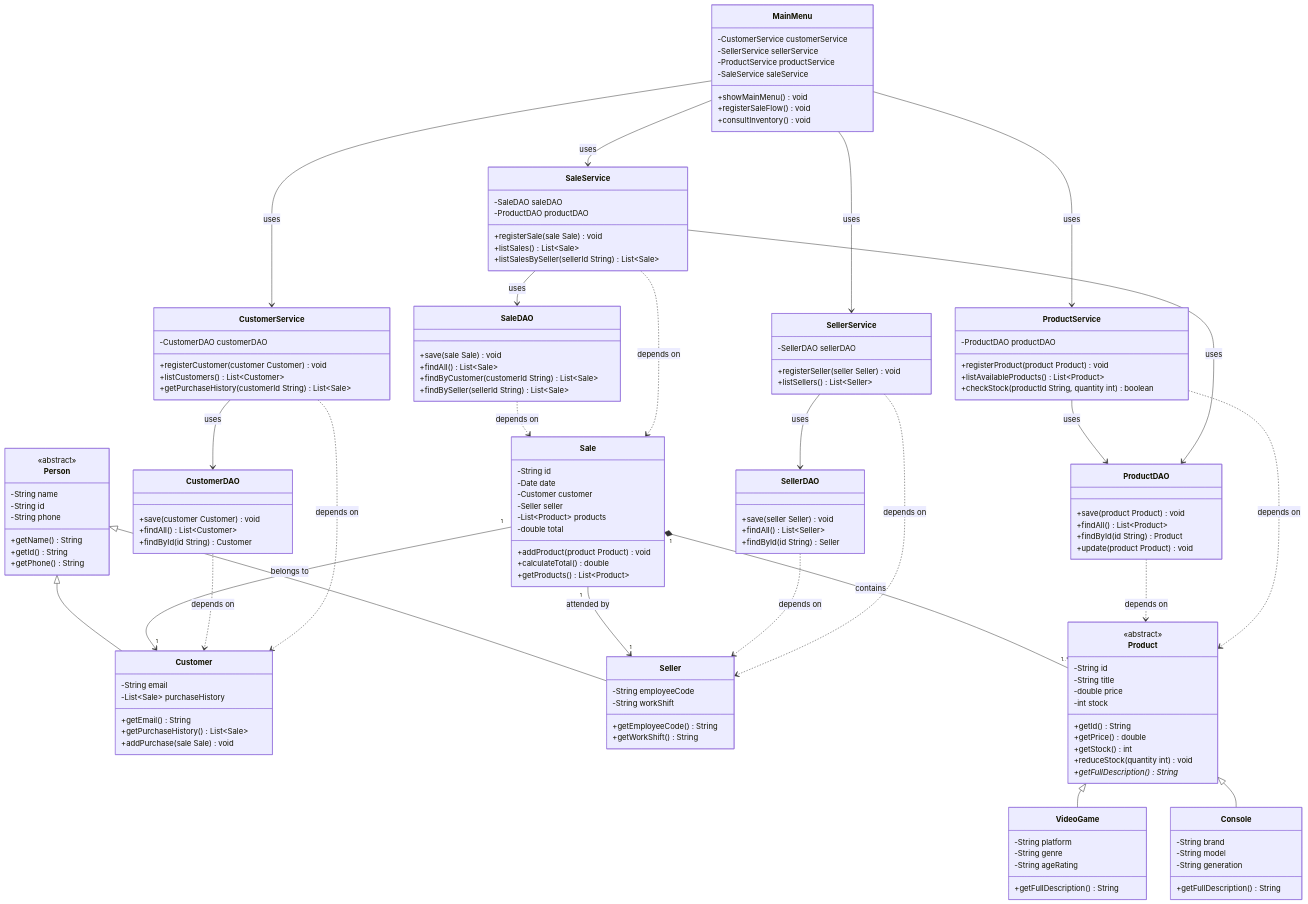
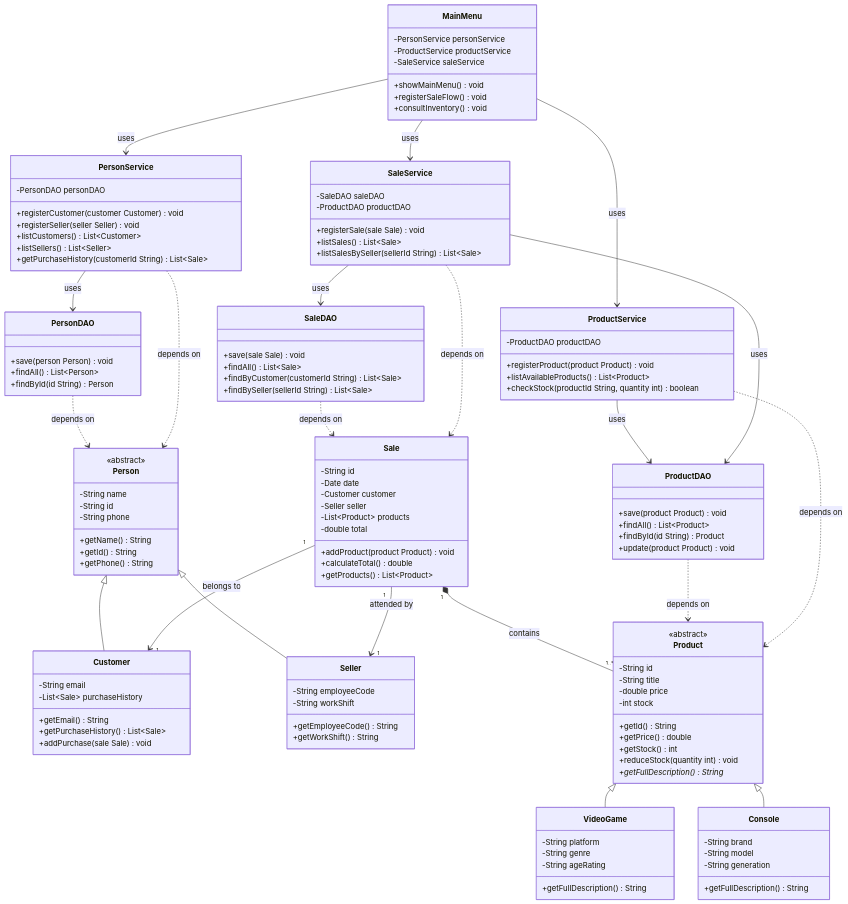
One commit to Deliner2501/GamezoneUnicesar changed the diagram in docs/class-diagram.md. Above: the diagram before and after it, drawn with Mermaid. The commit also changed 4 other files, not shown here.

Commit message:
fix: classes and class diagrams corrected

````diff
--- a/docs/class-diagram.md
+++ b/docs/class-diagram.md
@@ -67,16 +67,10 @@
     }
 
     %% ===================== PERSISTENCE LAYER =====================
-    class CustomerDAO {
-        +save(customer Customer) void
-        +findAll() List~Customer~
-        +findById(id String) Customer
-    }
-
-    class SellerDAO {
-        +save(seller Seller) void
-        +findAll() List~Seller~
-        +findById(id String) Seller
+    class PersonDAO {
+        +save(person Person) void
+        +findAll() List~Person~
+        +findById(id String) Person
     }
 
     class ProductDAO {
@@ -94,17 +88,13 @@
     }
 
     %% ===================== SERVICE LAYER =====================
-    class CustomerService {
-        -CustomerDAO customerDAO
+    class PersonService {
+        -PersonDAO personDAO
         +registerCustomer(customer Customer) void
+        +registerSeller(seller Seller) void
         +listCustomers() List~Customer~
+        +listSellers() List~Seller~
         +getPurchaseHistory(customerId String) List~Sale~
-    }
-
-    class SellerService {
-        -SellerDAO sellerDAO
-        +registerSeller(seller Seller) void
-        +listSellers() List~Seller~
     }
 
     class ProductService {
@@ -124,8 +114,7 @@
 
     %% ===================== UI LAYER =====================
     class MainMenu {
-        -CustomerService customerService
-        -SellerService sellerService
+        -PersonService personService
         -ProductService productService
         -SaleService saleService
         +showMainMenu() void
@@ -143,23 +132,19 @@
     Sale "1" --> "1" Seller : attended by
     Sale "1" *-- "1..*" Product : contains
 
-    CustomerDAO ..> Customer : depends on
-    SellerDAO ..> Seller : depends on
+    PersonDAO ..> Person : depends on
     ProductDAO ..> Product : depends on
     SaleDAO ..> Sale : depends on
 
-    CustomerService --> CustomerDAO : uses
-    CustomerService ..> Customer : depends on
-    SellerService --> SellerDAO : uses
-    SellerService ..> Seller : depends on
+    PersonService --> PersonDAO : uses
+    PersonService ..> Person : depends on
     ProductService --> ProductDAO : uses
     ProductService ..> Product : depends on
     SaleService --> SaleDAO : uses
     SaleService --> ProductDAO : uses
     SaleService ..> Sale : depends on
 
-    MainMenu --> CustomerService : uses
-    MainMenu --> SellerService : uses
+    MainMenu --> PersonService : uses
     MainMenu --> ProductService : uses
     MainMenu --> SaleService : uses
 ```
````
